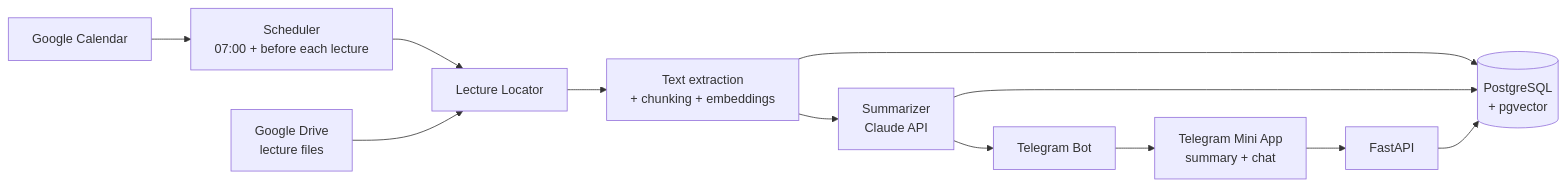
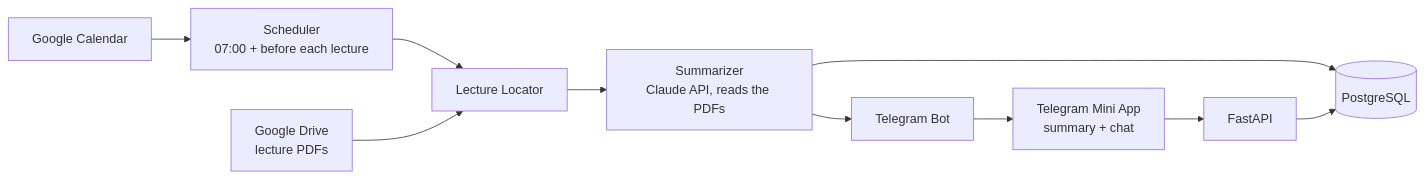
The diagram in README.md (DorAvissar/lecture-prep), drawn with Mermaid before and after one commit. The commit also changed other lines of this file, not shown here.

````diff
--- a/README.md
+++ b/README.md
@@ -18,14 +18,12 @@
 ```mermaid
 flowchart LR
     Cal[Google Calendar] --> Sched[Scheduler<br/>07:00 + before each lecture]
     Sched --> Loc[Lecture Locator]
-    GD[Google Drive<br/>lecture files] --> Loc
-    Loc --> Proc[Text extraction<br/>+ chunking + embeddings]
-    Proc --> DB[(PostgreSQL<br/>+ pgvector)]
-    Proc --> Sum[Summarizer<br/>Claude API]
-    Sum --> DB
+    GD[Google Drive<br/>lecture PDFs] --> Loc
+    Loc --> Sum[Summarizer<br/>Claude API, reads the PDFs]
+    Sum --> DB[(PostgreSQL)]
     Sum --> TG[Telegram Bot]
     TG --> Mini[Telegram Mini App<br/>summary + chat]
     Mini --> API[FastAPI]
     API --> DB
 ```
````
